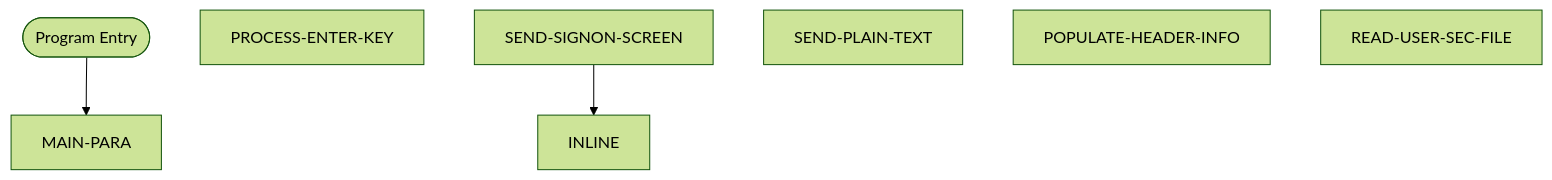
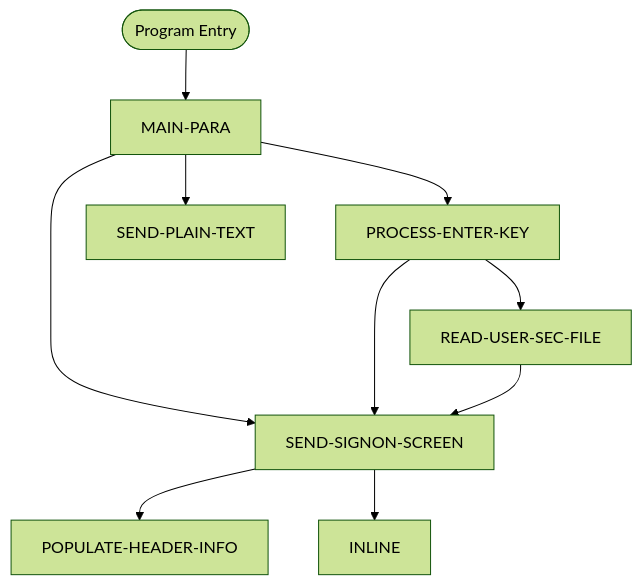
Before and after one commit to Arun973150/new_doc: the second of 2 diagrams in Unisys_doc-main/doc_demo/docs/programs/COSGN00C.md, drawn with Mermaid (forest theme). The commit also changed other lines of this file and 716 other files, not shown here.

````diff
--- a/Unisys_doc-main/doc_demo/docs/programs/COSGN00C.md
+++ b/Unisys_doc-main/doc_demo/docs/programs/COSGN00C.md
@@ -338,12 +338,19 @@
 ```mermaid
 flowchart TD
     START([Program Entry])
     MAIN_PARA["MAIN-PARA"]
     PROCESS_ENTER_KEY["PROCESS-ENTER-KEY"]
     SEND_SIGNON_SCREEN["SEND-SIGNON-SCREEN"]
     SEND_PLAIN_TEXT["SEND-PLAIN-TEXT"]
     POPULATE_HEADER_INFO["POPULATE-HEADER-INFO"]
     READ_USER_SEC_FILE["READ-USER-SEC-FILE"]
     START --> MAIN_PARA
+    MAIN_PARA --> SEND_SIGNON_SCREEN
+    MAIN_PARA --> PROCESS_ENTER_KEY
+    MAIN_PARA --> SEND_PLAIN_TEXT
+    PROCESS_ENTER_KEY --> SEND_SIGNON_SCREEN
+    PROCESS_ENTER_KEY --> READ_USER_SEC_FILE
+    SEND_SIGNON_SCREEN --> POPULATE_HEADER_INFO
+    READ_USER_SEC_FILE --> SEND_SIGNON_SCREEN
     SEND_SIGNON_SCREEN --> INLINE
 ```
````
